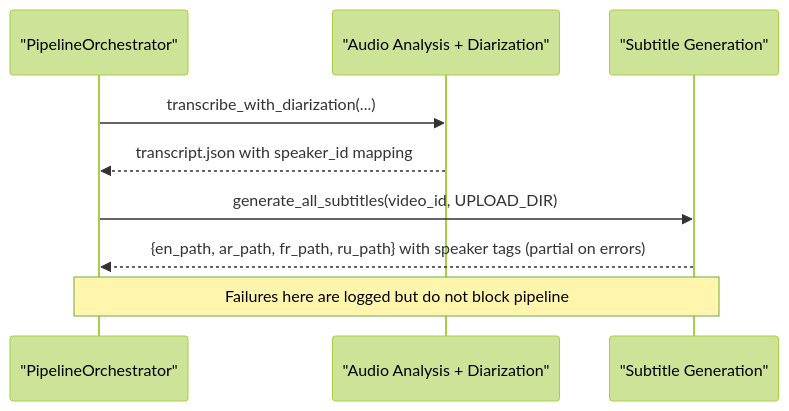
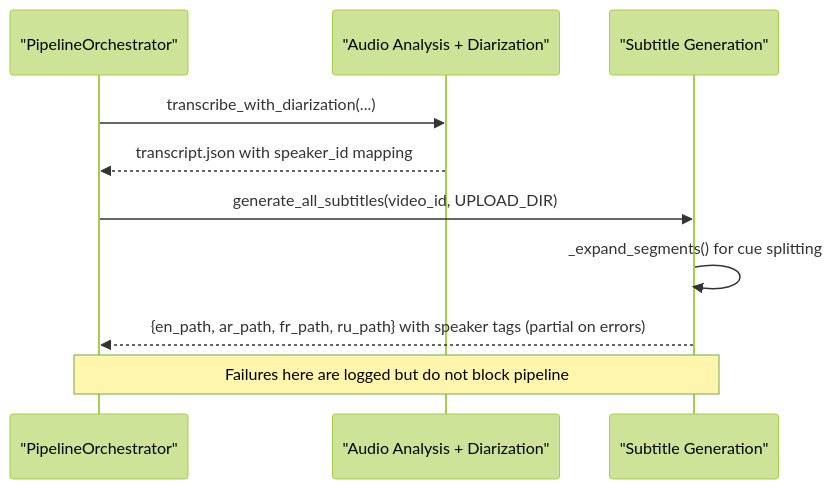
The fifth of 9 diagrams in .qoder/repowiki/en/content/Media Processing Pipeline/Subtitle Generation Module.md (alexandreybasta-cyber/dubai-media-ai), drawn with Mermaid (forest theme) before and after one commit. The commit also changed other lines of this file and 8 other files, not shown here.

````diff
--- a/.qoder/repowiki/en/content/Media Processing Pipeline/Subtitle Generation Module.md
+++ b/.qoder/repowiki/en/content/Media Processing Pipeline/Subtitle Generation Module.md
@@ -241,11 +247,12 @@
 ```mermaid
 sequenceDiagram
 participant Orchestrator as "PipelineOrchestrator"
 participant Audio as "Audio Analysis + Diarization"
 participant SubGen as "Subtitle Generation"
 Orchestrator->>Audio : transcribe_with_diarization(...)
 Audio-->>Orchestrator : transcript.json with speaker_id mapping
 Orchestrator->>SubGen : generate_all_subtitles(video_id, UPLOAD_DIR)
+SubGen->>SubGen : _expand_segments() for cue splitting
 SubGen-->>Orchestrator : {en_path, ar_path, fr_path, ru_path} with speaker tags (partial on errors)
 Note over Orchestrator,SubGen : Failures here are logged but do not block pipeline
 ```
````
